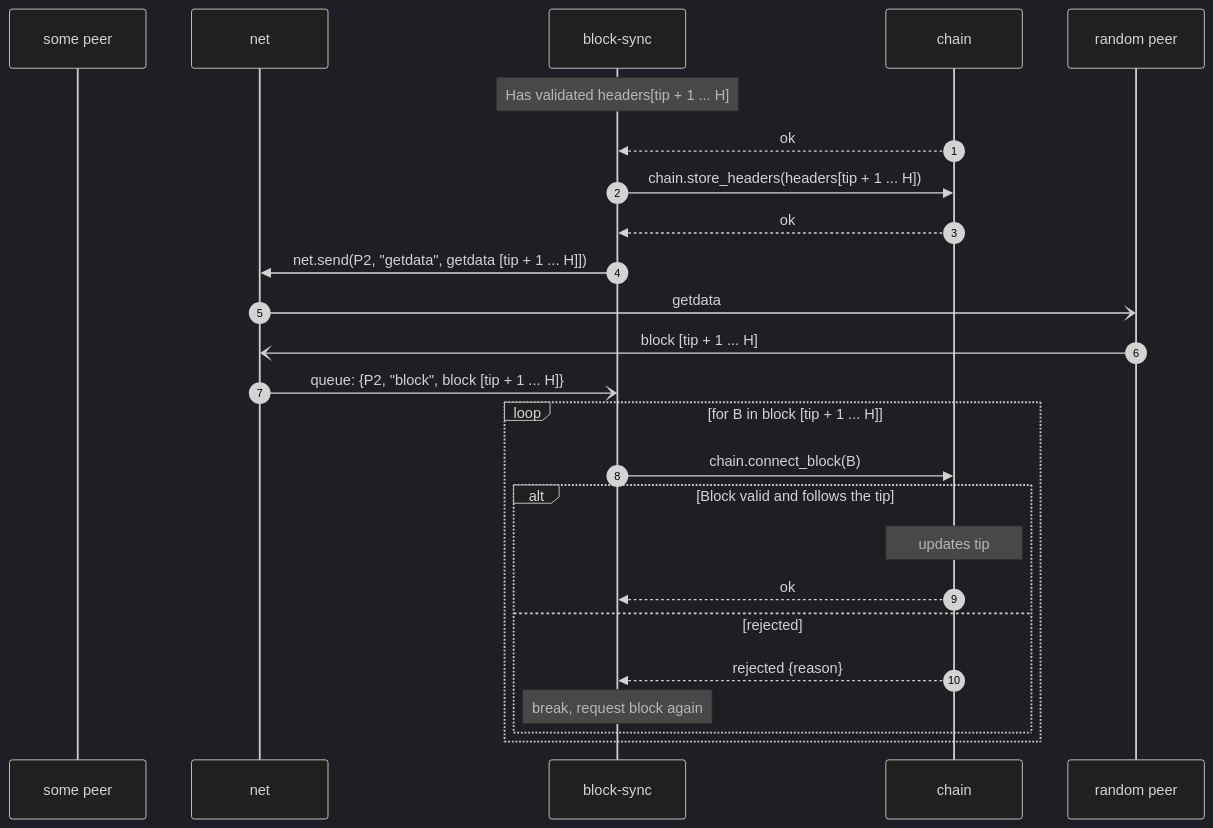
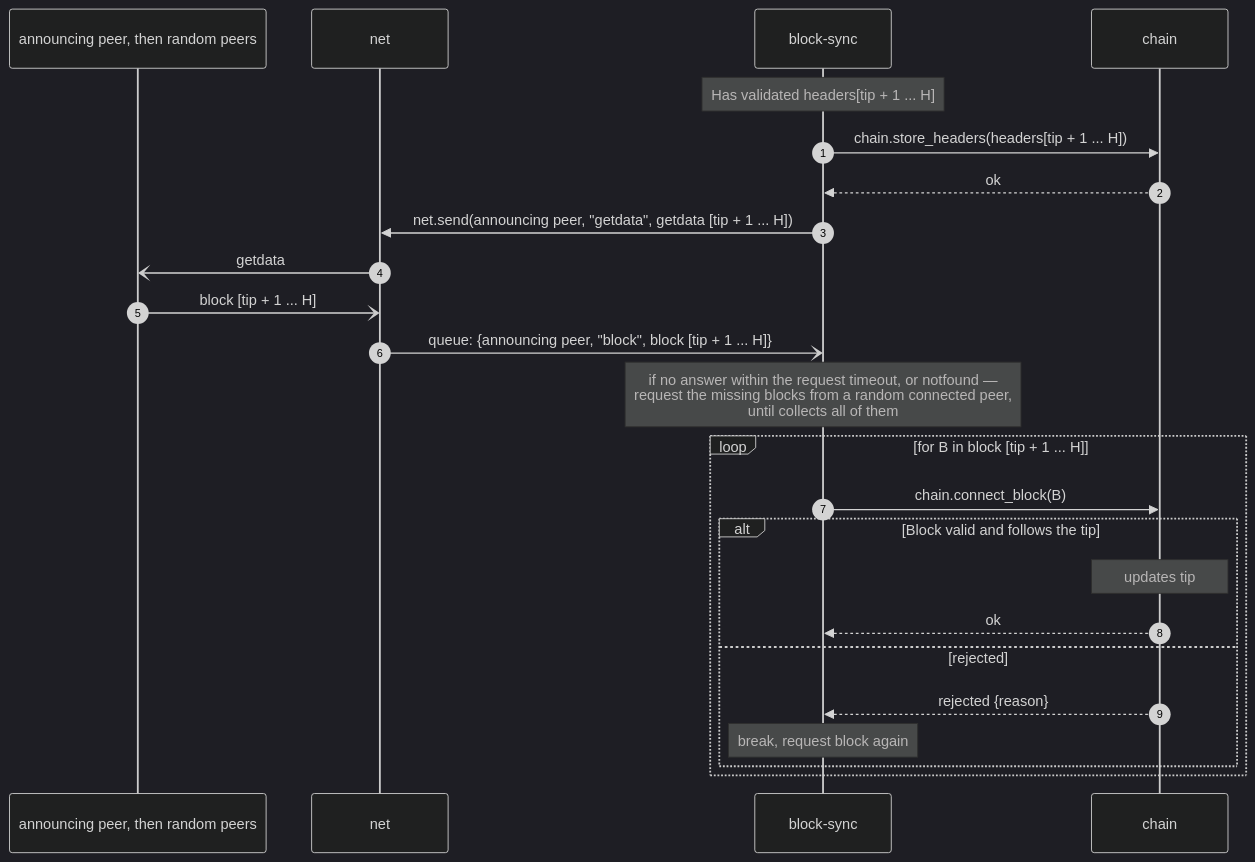
The third of 3 diagrams in docs/flows/mode-standard.md (RustBTCD/btcd), drawn with Mermaid (dark theme) before and after one commit. The commit also changed other lines of this file and 5 other files, not shown here.

Commit message:
Removing peer's tip from memory storage and usage. Updated policies on fetching blocks data.

````diff
--- a/docs/flows/mode-standard.md
+++ b/docs/flows/mode-standard.md
@@ -119,27 +120,26 @@
 ```mermaid
 sequenceDiagram
     autonumber
-    participant P1 as some peer
+    participant P1 as announcing peer, then random peers
     participant N as net
     participant BS as block-sync
     participant C as chain
-    participant P2 as random peer
     Note over BS: Has validated headers[tip + 1 ... H]
-    C -->> BS: ok
     BS ->> C: chain.store_headers(headers[tip + 1 ... H])
     C -->> BS: ok
-    BS ->> N: net.send(P2, "getdata", getdata [tip + 1 ... H]])
-    N -) P2: getdata
-    P2 -) N: block [tip + 1 ... H]
-    N -) BS: queue: {P2, "block", block [tip + 1 ... H]}
+    BS ->> N: net.send(announcing peer, "getdata", getdata [tip + 1 ... H])
+    N -) P1: getdata
+    P1 -) N: block [tip + 1 ... H]
+    N -) BS: queue: {announcing peer, "block", block [tip + 1 ... H]}
+    Note over BS: if no answer within the request timeout, or notfound —<br/>request the missing blocks from a random connected peer,<br/>until collects all of them
     loop for B in block [tip + 1 ... H]
         BS ->> C: chain.connect_block(B)
         alt Block valid and follows the tip
             Note over C: updates tip
             C -->> BS: ok
         else rejected
             C -->> BS: rejected {reason}
             Note over BS: break, request block again
         end
     end
 ```
````
